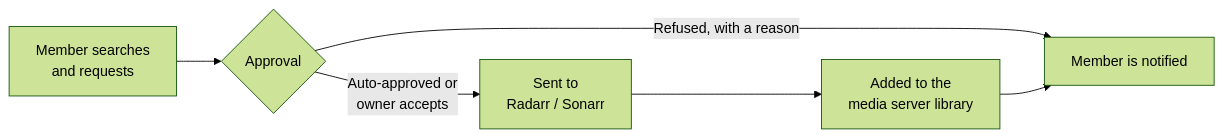
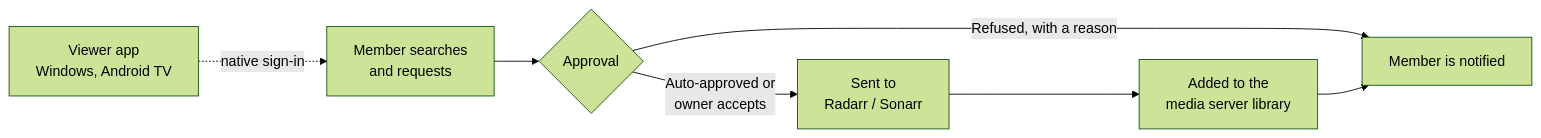
The diagram in README.md (QuentinPN/request), drawn with Mermaid (forest theme) before and after one commit. The commit also changed other lines of this file and 1 other file, not shown here.

Commit message:
docs: intégration Viewer ↔ Request

````diff
--- a/README.md
+++ b/README.md
@@ -39,8 +41,9 @@
 ```mermaid
 flowchart LR
     A[Member searches<br/>and requests] --> B{Approval}
     B -->|Auto-approved or<br/>owner accepts| C[Sent to<br/>Radarr / Sonarr]
     B -->|Refused, with a reason| E
     C --> D[Added to the<br/>media server library]
     D --> E[Member is notified]
+    V[Viewer app<br/>Windows, Android TV] -.->|native sign-in| A
 ```
````
